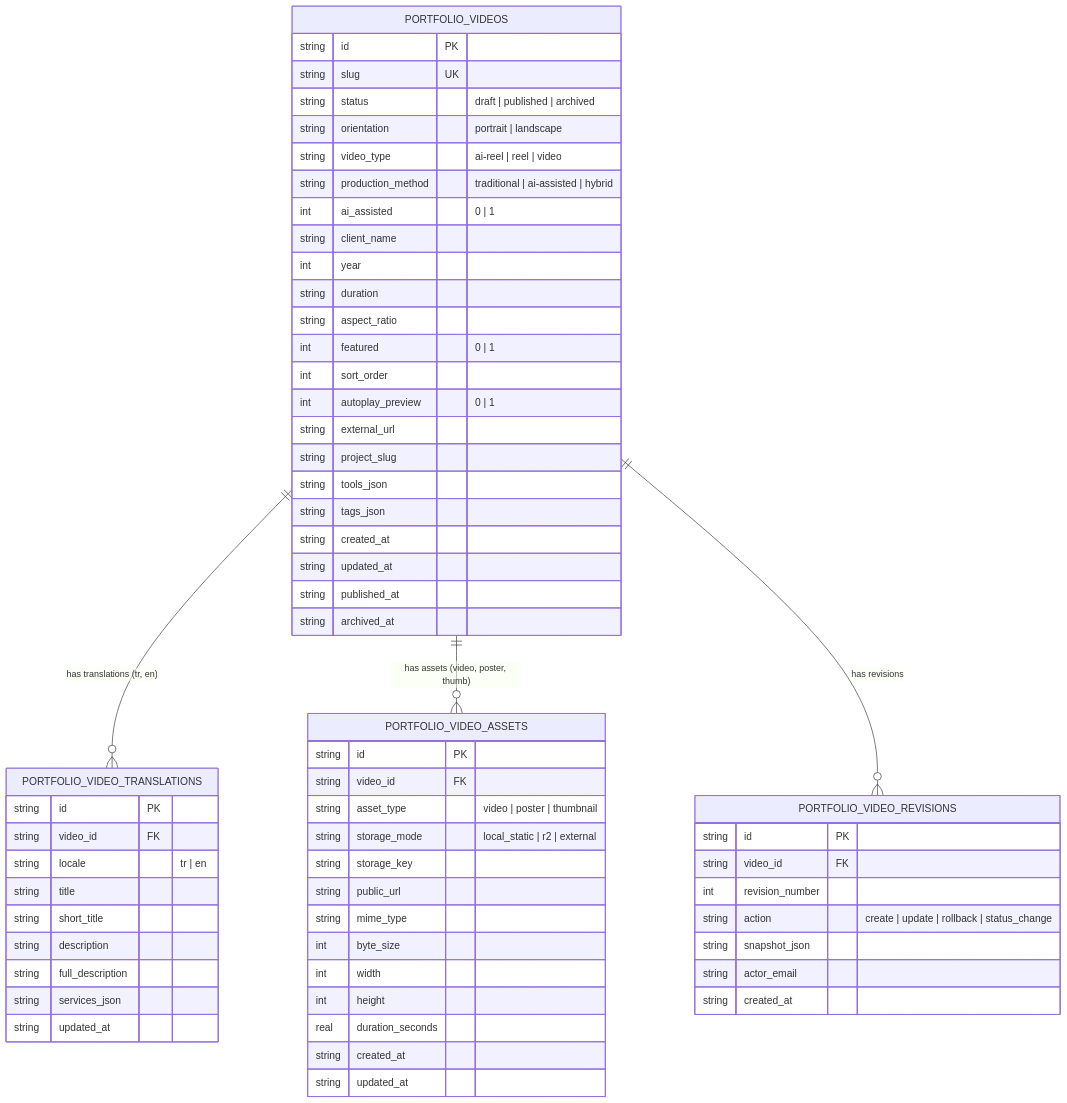
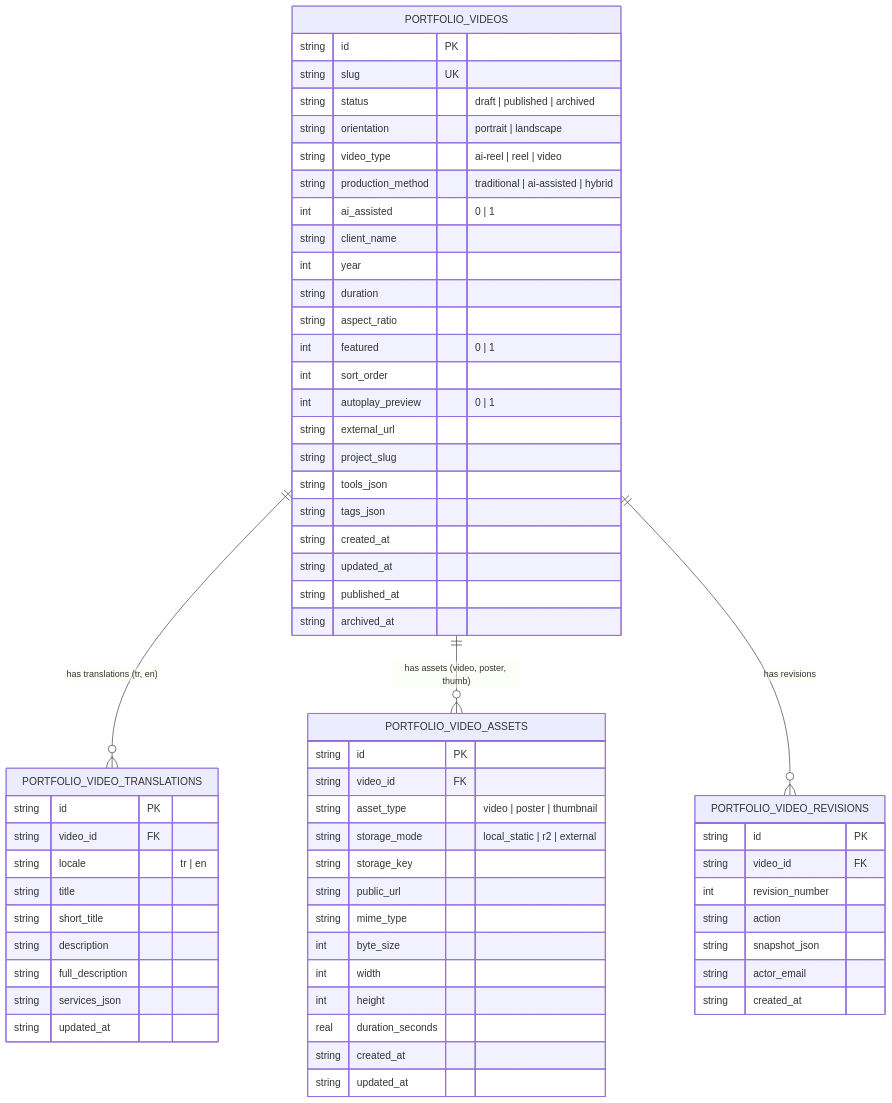
The diagram in docs/reviews/PORTFOLIO_OS_PHASE3_VIDEO_CMS_REPORT.md (eigengraun/kerem-mihci-portfolio), drawn with Mermaid before and after one commit. The commit also changed other lines of this file and 14 other files, not shown here.

````diff
--- a/docs/reviews/PORTFOLIO_OS_PHASE3_VIDEO_CMS_REPORT.md
+++ b/docs/reviews/PORTFOLIO_OS_PHASE3_VIDEO_CMS_REPORT.md
@@ -39,69 +40,69 @@
 ```mermaid
 erDiagram
     PORTFOLIO_VIDEOS ||--o{ PORTFOLIO_VIDEO_TRANSLATIONS : "has translations (tr, en)"
     PORTFOLIO_VIDEOS ||--o{ PORTFOLIO_VIDEO_ASSETS : "has assets (video, poster, thumb)"
     PORTFOLIO_VIDEOS ||--o{ PORTFOLIO_VIDEO_REVISIONS : "has revisions"
 
     PORTFOLIO_VIDEOS {
         string id PK
         string slug UK
         string status "draft | published | archived"
         string orientation "portrait | landscape"
         string video_type "ai-reel | reel | video"
         string production_method "traditional | ai-assisted | hybrid"
         int ai_assisted "0 | 1"
         string client_name
         int year
         string duration
         string aspect_ratio
         int featured "0 | 1"
         int sort_order
         int autoplay_preview "0 | 1"
         string external_url
         string project_slug
         string tools_json
         string tags_json
         string created_at
         string updated_at
         string published_at
         string archived_at
     }
 
     PORTFOLIO_VIDEO_TRANSLATIONS {
         string id PK
         string video_id FK
         string locale "tr | en"
         string title
         string short_title
         string description
         string full_description
         string services_json
         string updated_at
     }
 
     PORTFOLIO_VIDEO_ASSETS {
         string id PK
         string video_id FK
         string asset_type "video | poster | thumbnail"
         string storage_mode "local_static | r2 | external"
         string storage_key
         string public_url
         string mime_type
         int byte_size
         int width
         int height
         real duration_seconds
         string created_at
         string updated_at
     }
 
     PORTFOLIO_VIDEO_REVISIONS {
         string id PK
         string video_id FK
         int revision_number
-        string action "create | update | rollback | status_change"
+        string action
         string snapshot_json
         string actor_email
         string created_at
     }
 ```
````
